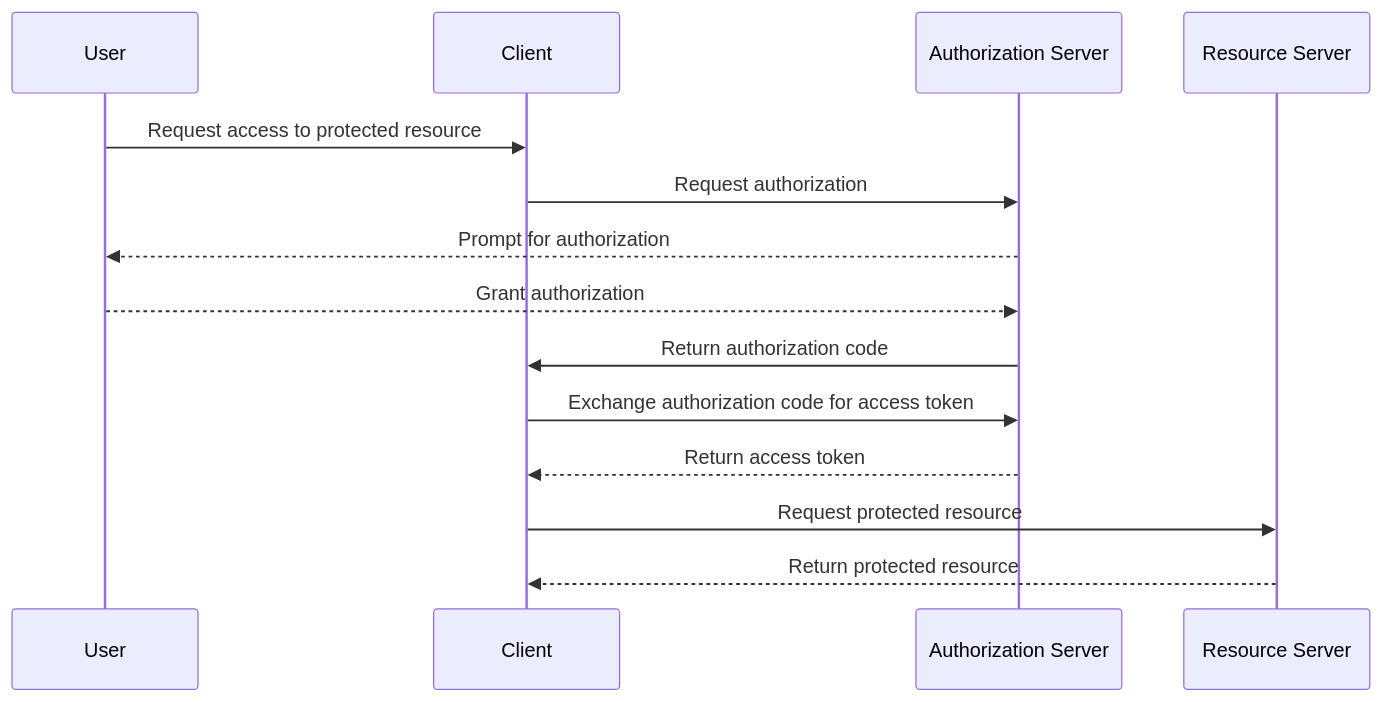
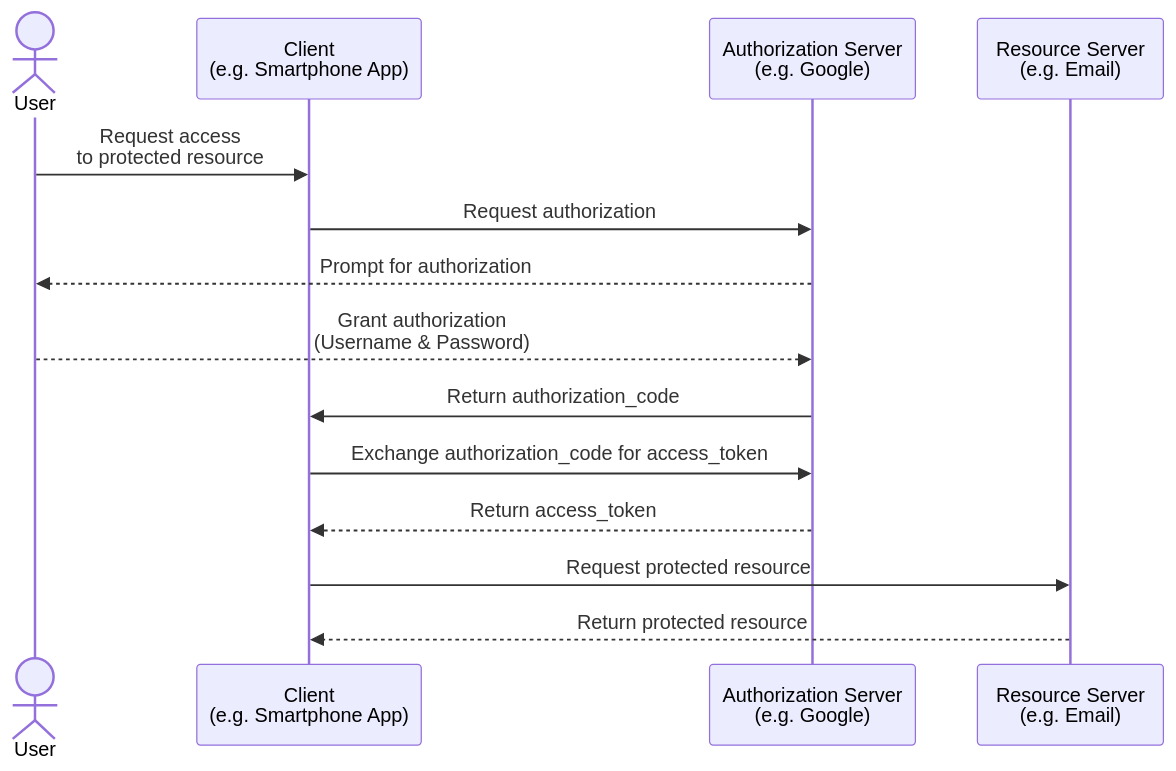
One commit to pokt-network/pocket-network-protocol changed the eighth of 8 diagrams in utility/README.md. Above: the diagram before and after it, drawn with Mermaid. The commit also changed other lines of this file, not shown here.

````diff
--- a/utility/README.md
+++ b/utility/README.md
@@ -565,17 +609,17 @@
 ```mermaid
 sequenceDiagram
-    participant User
-    participant Client
-    participant Authorization Server
-    participant Resource Server
+    actor U as User
+    participant C as Client<br>(e.g. Smartphone App)
+    participant S as Authorization Server<br>(e.g. Google)
+    participant R as Resource Server<br>(e.g. Email)
 
-    User->>Client: Request access to protected resource
-    Client->>Authorization Server: Request authorization
-    Authorization Server-->>User: Prompt for authorization
-    User-->>Authorization Server: Grant authorization
-    Authorization Server->>Client: Return authorization code
-    Client->>Authorization Server: Exchange authorization code for access token
-    Authorization Server-->>Client: Return access token
-    Client->>Resource Server: Request protected resource
-    Resource Server-->>Client: Return protected resource
+    U->>C: Request access<br>to protected resource
+    C->>S: Request authorization
+    S-->>U: Prompt for authorization
+    U-->>S: Grant authorization<br>(Username & Password)
+    S->>C: Return authorization_code
+    C->>S: Exchange authorization_code for access_token
+    S-->>C: Return access_token
+    C->>R: Request protected resource
+    R-->>C: Return protected resource
 ```
````
